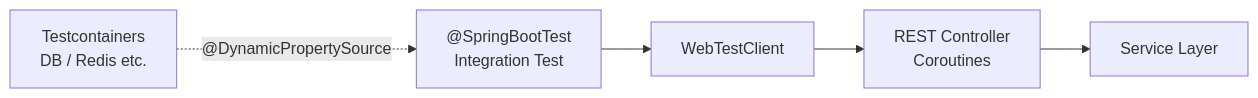
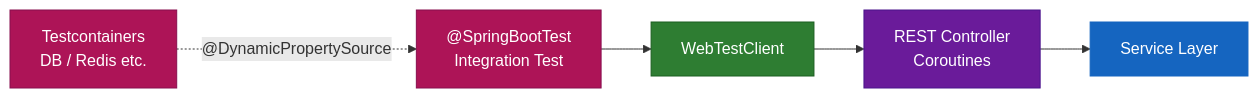
Before and after one commit to bluetape4k/bluetape4k-projects: the fourth of 4 diagrams in spring-boot3/core/README.md, drawn with Mermaid. The commit also changed other lines of this file and 221 other files, not shown here.

First line of the commit message:
docs: 전체 모듈 README UML 다이어그램 보강 및 색상 업그레이드

````diff
--- a/spring-boot3/core/README.md
+++ b/spring-boot3/core/README.md
@@ -143,7 +177,18 @@
 ```mermaid
 flowchart LR
     Test["@SpringBootTest<br/>Integration Test"] --> WTC["WebTestClient"]
     WTC --> Controller["REST Controller<br/>Coroutines"]
     Controller --> Service["Service Layer"]
     TC["Testcontainers<br/>DB / Redis etc."] -.->|"@DynamicPropertySource"| Test
+
+    classDef testStyle fill:#AD1457,stroke:#880E4F,color:#FFFFFF
+    classDef springStyle fill:#2E7D32,stroke:#1B5E20,color:#FFFFFF
+    classDef asyncStyle fill:#6A1B9A,stroke:#4A148C,color:#FFFFFF
+    classDef serviceStyle fill:#1565C0,stroke:#1565C0,color:#FFFFFF
+
+    class Test testStyle
+    class TC testStyle
+    class WTC springStyle
+    class Controller asyncStyle
+    class Service serviceStyle
 ```
````
